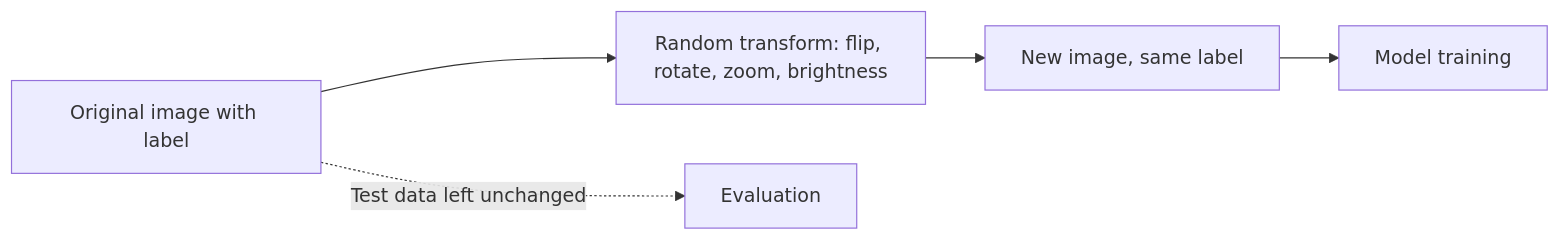
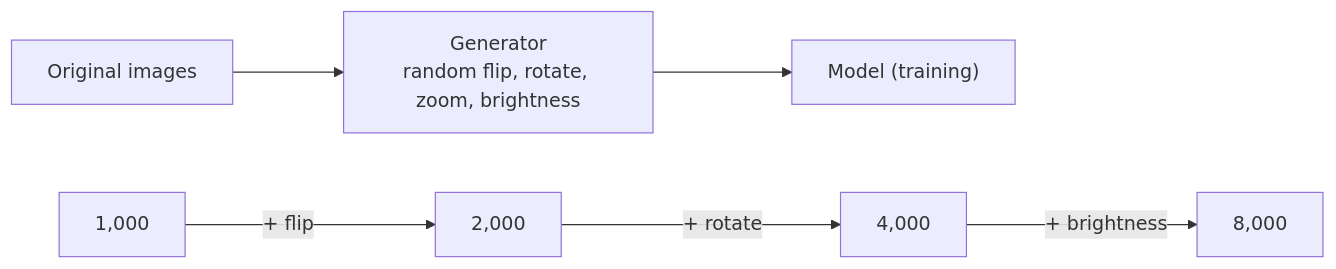
One commit to kaisarnajar/outcome-school-blogs changed the second of 2 diagrams in notes/step-01-machine-learning-foundations/013-data-augmentation.md. Above: the diagram before and after it, drawn with Mermaid. The commit also changed other lines of this file and 233 other files, not shown here.

````diff
--- a/notes/step-01-machine-learning-foundations/013-data-augmentation.md
+++ b/notes/step-01-machine-learning-foundations/013-data-augmentation.md
@@ -46,7 +72,8 @@
 ```mermaid
 flowchart LR
-    A["Original image with label"] --> B["Random transform: flip, rotate, zoom, brightness"]
-    B --> C["New image, same label"]
-    C --> D["Model training"]
-    A -.->|"Test data left unchanged"| E["Evaluation"]
+    I["Original images"] --> G["Generator<br/>random flip, rotate, zoom, brightness"]
+    G --> M["Model (training)"]
+    S1["1,000"] -->|"+ flip"| S2["2,000"]
+    S2 -->|"+ rotate"| S3["4,000"]
+    S3 -->|"+ brightness"| S4["8,000"]
 ```
````
